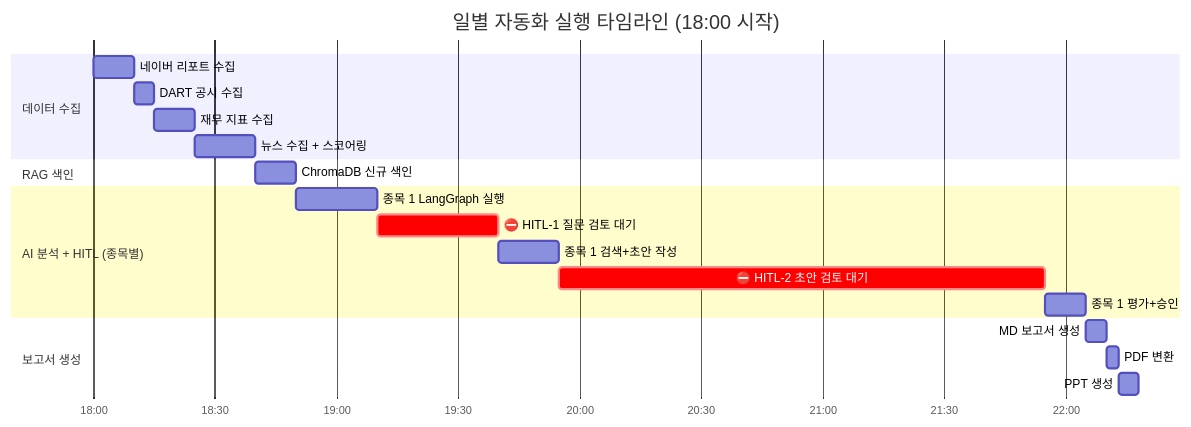
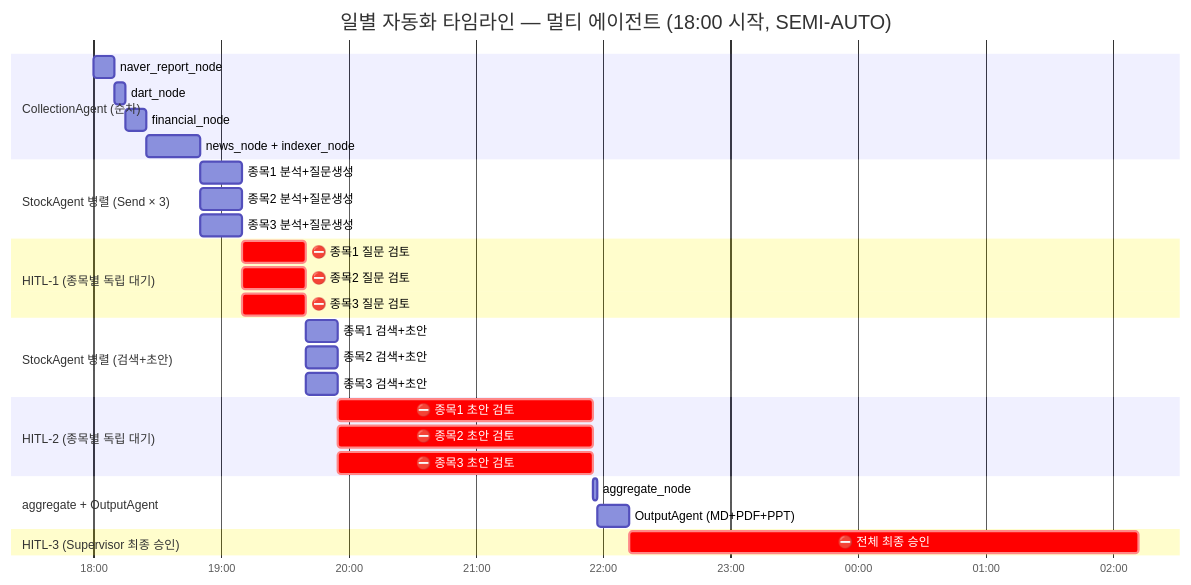
One commit to zoofighter/auto_research changed the ninth of 9 diagrams in docs/diagrams.md. Above: the diagram before and after it, drawn with Mermaid. The commit also changed other lines of this file and 2 other files, not shown here.

Commit message:
docs: update diagrams and implementation plan to reflect latest architectural changes

````diff
--- a/docs/diagrams.md
+++ b/docs/diagrams.md
@@ -551,27 +576,39 @@
 ```mermaid
 gantt
-    title 일별 자동화 실행 타임라인 (18:00 시작)
+    title 일별 자동화 타임라인 — 멀티 에이전트 (18:00 시작, SEMI-AUTO)
     dateFormat HH:mm
     axisFormat %H:%M
 
-    section 데이터 수집
-    네이버 리포트 수집       :collect1, 18:00, 10m
-    DART 공시 수집           :collect2, after collect1, 5m
-    재무 지표 수집           :collect3, after collect2, 10m
-    뉴스 수집 + 스코어링     :collect4, after collect3, 15m
+    section CollectionAgent (순차)
+    naver_report_node        :collect1, 18:00, 10m
+    dart_node                :collect2, after collect1, 5m
+    financial_node           :collect3, after collect2, 10m
+    news_node + indexer_node :collect4, after collect3, 25m
 
-    section RAG 색인
-    ChromaDB 신규 색인       :index, after collect4, 10m
+    section StockAgent 병렬 (Send × 3)
+    종목1 분석+질문생성       :agent1a, after collect4, 20m
+    종목2 분석+질문생성       :agent2a, after collect4, 20m
+    종목3 분석+질문생성       :agent3a, after collect4, 20m
 
-    section AI 분석 + HITL (종목별)
-    종목 1 LangGraph 실행    :agent1, after index, 20m
-    ⛔ HITL-1 질문 검토 대기  :crit, hitl1, after agent1, 30m
-    종목 1 검색+초안 작성     :agent1b, after hitl1, 15m
-    ⛔ HITL-2 초안 검토 대기  :crit, hitl2, after agent1b, 120m
-    종목 1 평가+승인         :agent1c, after hitl2, 10m
+    section HITL-1 (종목별 독립 대기)
+    ⛔ 종목1 질문 검토        :crit, h1a, after agent1a, 30m
+    ⛔ 종목2 질문 검토        :crit, h1b, after agent2a, 30m
+    ⛔ 종목3 질문 검토        :crit, h1c, after agent3a, 30m
 
-    section 보고서 생성
-    MD 보고서 생성           :report1, after agent1c, 5m
-    PDF 변환                 :report2, after report1, 3m
-    PPT 생성                 :report3, after report2, 5m
+    section StockAgent 병렬 (검색+초안)
+    종목1 검색+초안           :agent1b, after h1a, 15m
+    종목2 검색+초안           :agent2b, after h1b, 15m
+    종목3 검색+초안           :agent3b, after h1c, 15m
+
+    section HITL-2 (종목별 독립 대기)
+    ⛔ 종목1 초안 검토        :crit, h2a, after agent1b, 120m
+    ⛔ 종목2 초안 검토        :crit, h2b, after agent2b, 120m
+    ⛔ 종목3 초안 검토        :crit, h2c, after agent3b, 120m
+
+    section aggregate + OutputAgent
+    aggregate_node           :agg, after h2a, 2m
+    OutputAgent (MD+PDF+PPT) :out, after agg, 15m
+
+    section HITL-3 (Supervisor 최종 승인)
+    ⛔ 전체 최종 승인         :crit, h3, after out, 240m
 ```
````
